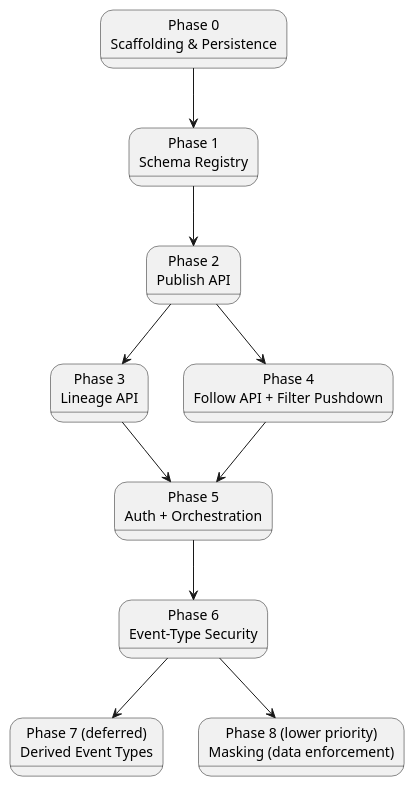
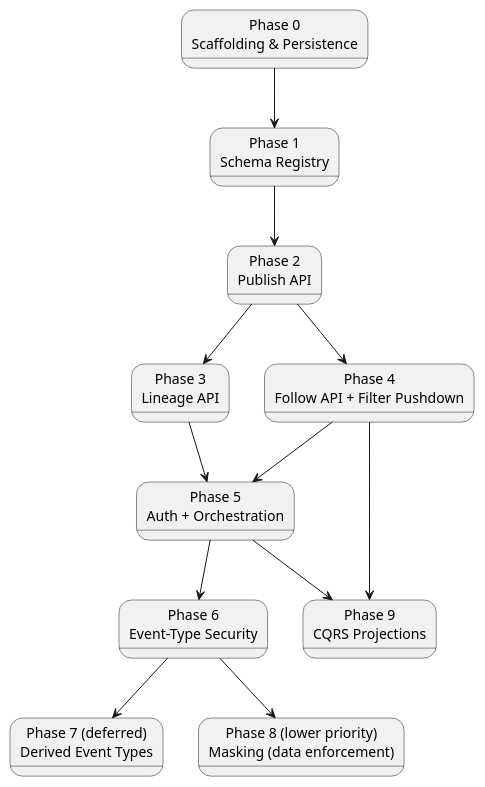
Before and after one commit to Mwwhited-BookLearning/EventSourcing: the diagram in docs/08-build-plan.md, drawn with PlantUML. The commit also changed other lines of this file and 8 other files, not shown here.

````diff
--- a/docs/08-build-plan.md
+++ b/docs/08-build-plan.md
@@ -16,23 +21,26 @@
 ```plantuml
 @startuml BuildPlan_Phases
 state "Phase 0\nScaffolding & Persistence" as p0
 state "Phase 1\nSchema Registry" as p1
 state "Phase 2\nPublish API" as p2
 state "Phase 3\nLineage API" as p3
 state "Phase 4\nFollow API + Filter Pushdown" as p4
 state "Phase 5\nAuth + Orchestration" as p5
 state "Phase 6\nEvent-Type Security" as p6
 state "Phase 7 (deferred)\nDerived Event Types" as p7
 state "Phase 8 (lower priority)\nMasking (data enforcement)" as p8
+state "Phase 9\nCQRS Projections" as p9
 
 p0 --> p1
 p1 --> p2
 p2 --> p3
 p2 --> p4
 p3 --> p5
 p4 --> p5
 p5 --> p6
 p6 --> p7
 p6 --> p8
+p4 --> p9
+p5 --> p9
 @enduml
 ```
````
